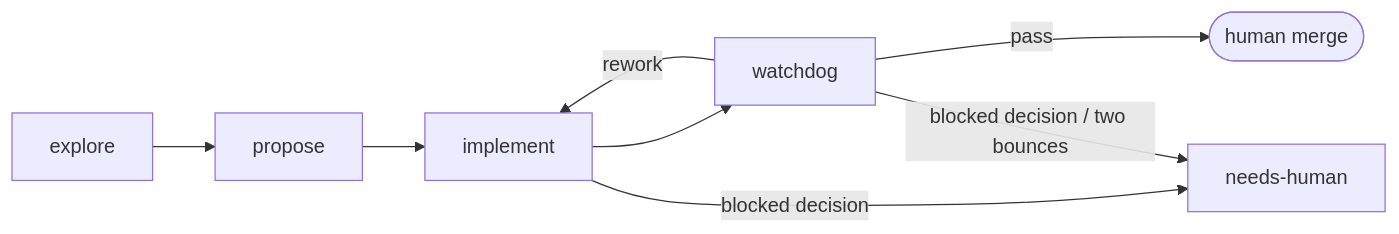
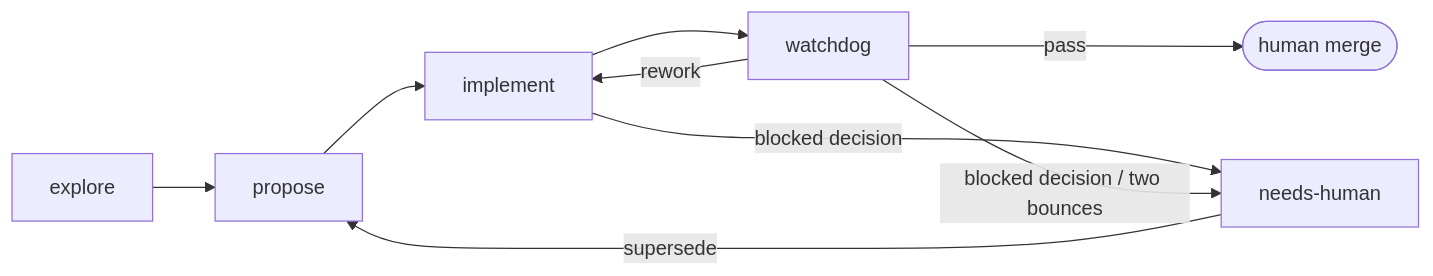
The diagram in README.md (vicrdguez/skills), drawn with Mermaid before and after one commit. The commit also changed 3 other files, not shown here.

````diff
--- a/README.md
+++ b/README.md
@@ -22,8 +22,9 @@
 ```mermaid
 flowchart LR
     explore[explore] --> propose[propose] --> implement[implement] --> watchdog[watchdog]
     watchdog -->|pass| merge([human merge])
     watchdog -->|rework| implement
     implement -->|blocked decision| human[needs-human]
     watchdog -->|blocked decision / two bounces| human
+    human -->|supersede | propose
 ```
````
